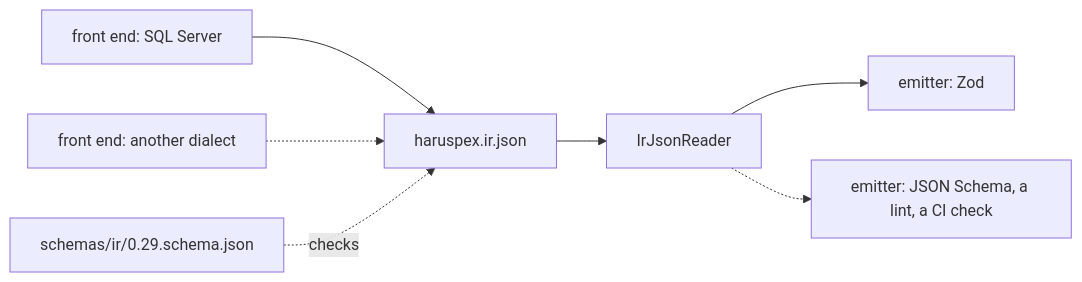
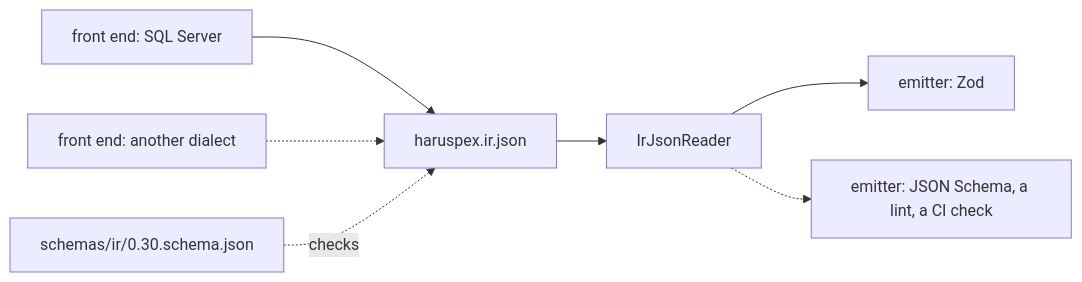
One commit to haruspex-tools/haruspex changed the diagram in docs/internals/10-the-ir-as-a-contract.md. Above: the diagram before and after it, drawn with Mermaid. The commit also changed other lines of this file and 75 other files, not shown here.

````diff
--- a/docs/internals/10-the-ir-as-a-contract.md
+++ b/docs/internals/10-the-ir-as-a-contract.md
@@ -26,9 +26,9 @@
 ```mermaid
 flowchart LR
     tsql["front end: SQL Server"] --> file["haruspex.ir.json"]
     pg["front end: another dialect"] -.-> file
     file --> reader["IrJsonReader"]
     reader --> zod["emitter: Zod"]
     reader -.-> other["emitter: JSON Schema, a lint, a CI check"]
-    schema["schemas/ir/0.29.schema.json"] -.->|checks| file
+    schema["schemas/ir/0.30.schema.json"] -.->|checks| file
 ```
````
